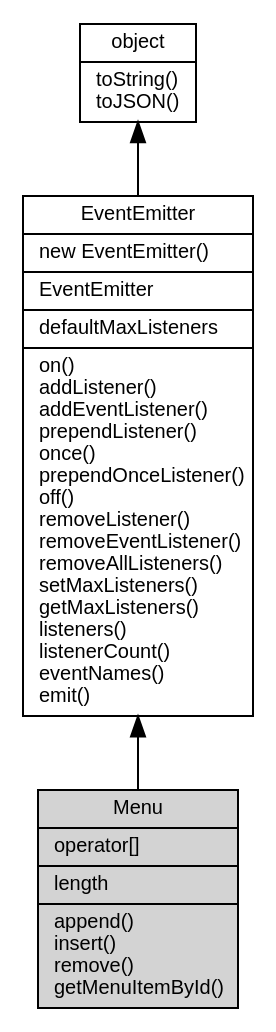
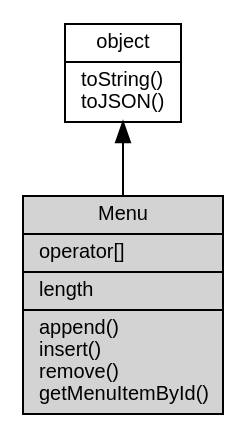
One commit to fibjs/fibjs.org changed the diagram in docs/manual/object/ifs/Menu.md. Above: the diagram before and after it, drawn with Graphviz. The commit also changed other lines of this file and 11 other files, not shown here.

````diff
--- a/docs/manual/object/ifs/Menu.md
+++ b/docs/manual/object/ifs/Menu.md
@@ -180,12 +180,10 @@
 ```dot
 digraph {
     node [fontname="Helvetica,sans-Serif", fontsize=10, shape="record", style="filled", fillcolor="white"];
 
     object [tooltip="object", URL="object.md", label="{object|toString()\ltoJSON()\l}"];
-    EventEmitter [tooltip="EventEmitter", URL="EventEmitter.md", label="{EventEmitter|new EventEmitter()\l|EventEmitter\l|defaultMaxListeners\l|on()\laddListener()\laddEventListener()\lprependListener()\lonce()\lprependOnceListener()\loff()\lremoveListener()\lremoveEventListener()\lremoveAllListeners()\lsetMaxListeners()\lgetMaxListeners()\llisteners()\llistenerCount()\leventNames()\lemit()\l}"];
     Menu [tooltip="Menu", fillcolor="lightgray", id="me", label="{Menu|operator[]\l|length\l|append()\linsert()\lremove()\lgetMenuItemById()\l}"];
 
-    object -> EventEmitter [dir=back];
-    EventEmitter -> Menu [dir=back];
+    object -> Menu [dir=back];
 }
 ```
````
